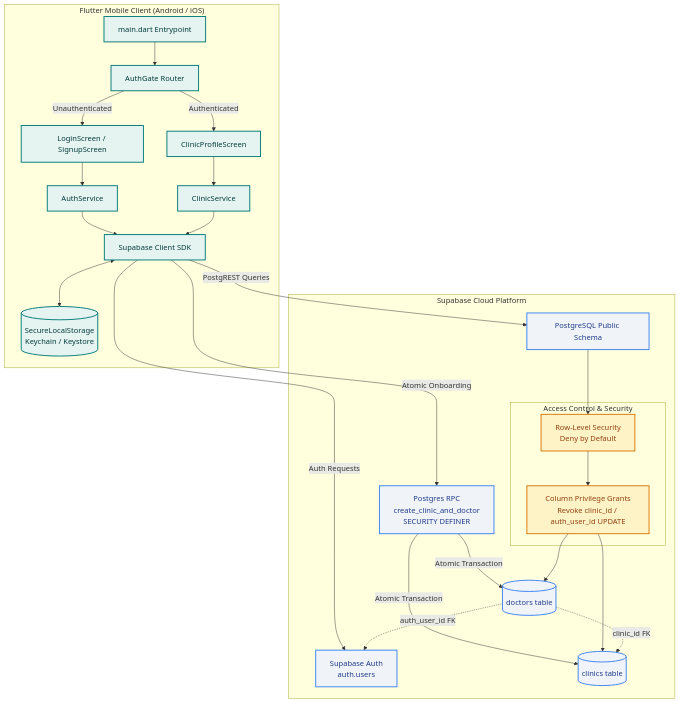
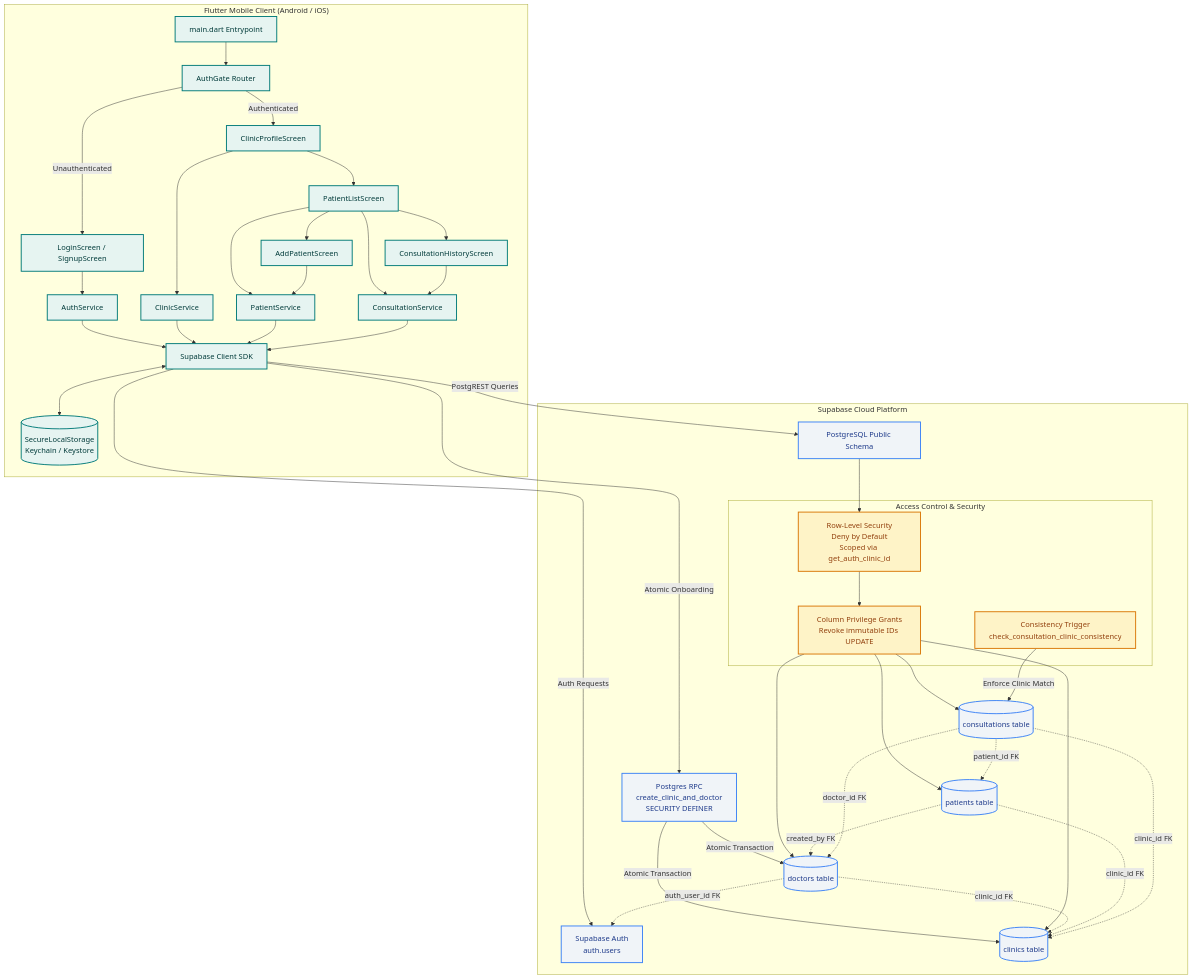
One commit to Mayank-path/Medico-opd changed the diagram in PROJECT_CONTEXT.md. Above: the diagram before and after it, drawn with Mermaid. The commit also changed other lines of this file and 14 other files, not shown here.

Commit message:
feat(data-model): implement patients and consultations with RLS, consistency trigger, and CRUD UI (TASK-002-01)

````diff
--- a/PROJECT_CONTEXT.md
+++ b/PROJECT_CONTEXT.md
@@ -96,40 +119,53 @@
 ```mermaid
 graph TD
     subgraph Client ["Flutter Mobile Client (Android / iOS)"]
         A[main.dart Entrypoint] --> B[AuthGate Router]
         B -->|Unauthenticated| C[LoginScreen / SignupScreen]
         B -->|Authenticated| D[ClinicProfileScreen]
+        D --> D1[PatientListScreen]
+        D1 --> D2[AddPatientScreen]
+        D1 --> D3[ConsultationHistoryScreen]
         C --> E[AuthService]
         D --> F[ClinicService]
-        E --> G[Supabase Client SDK]
-        F --> G
+        D1 & D2 --> PS[PatientService]
+        D1 & D3 --> CS[ConsultationService]
+        E & F & PS & CS --> G[Supabase Client SDK]
         G <--> H[(SecureLocalStorage<br/>Keychain / Keystore)]
     end
 
     subgraph Supabase ["Supabase Cloud Platform"]
         G -->|Auth Requests| I[Supabase Auth<br/>auth.users]
         G -->|Atomic Onboarding| J[Postgres RPC<br/>create_clinic_and_doctor<br/>SECURITY DEFINER]
         G -->|PostgREST Queries| K[PostgreSQL Public Schema]
         
         subgraph Security ["Access Control & Security"]
-            L[Row-Level Security<br/>Deny by Default]
-            M[Column Privilege Grants<br/>Revoke clinic_id / auth_user_id UPDATE]
+            L[Row-Level Security<br/>Deny by Default<br/>Scoped via get_auth_clinic_id]
+            M[Column Privilege Grants<br/>Revoke immutable IDs UPDATE]
+            TRG[Consistency Trigger<br/>check_consultation_clinic_consistency]
         end
 
         J -->|Atomic Transaction| N[(clinics table)]
         J -->|Atomic Transaction| O[(doctors table)]
         K --> L
         L --> M
         M --> N
         M --> O
+        M --> P[(patients table)]
+        M --> Q[(consultations table)]
+        TRG -->|Enforce Clinic Match| Q
         O -.->|auth_user_id FK| I
         O -.->|clinic_id FK| N
+        P -.->|clinic_id FK| N
+        P -.->|created_by FK| O
+        Q -.->|clinic_id FK| N
+        Q -.->|doctor_id FK| O
+        Q -.->|patient_id FK| P
     end
 
     classDef clientStyle fill:#E6F4F1,stroke:#007A78,stroke-width:2px,color:#003B3A;
     classDef backendStyle fill:#F0F4F8,stroke:#3B82F6,stroke-width:2px,color:#1E3A8A;
     classDef secStyle fill:#FEF3C7,stroke:#D97706,stroke-width:2px,color:#92400E;
-    class A,B,C,D,E,F,G,H clientStyle;
-    class I,J,K,N,O backendStyle;
-    class L,M secStyle;
+    class A,B,C,D,D1,D2,D3,E,F,PS,CS,G,H clientStyle;
+    class I,J,K,N,O,P,Q backendStyle;
+    class L,M,TRG secStyle;
 ```
````
